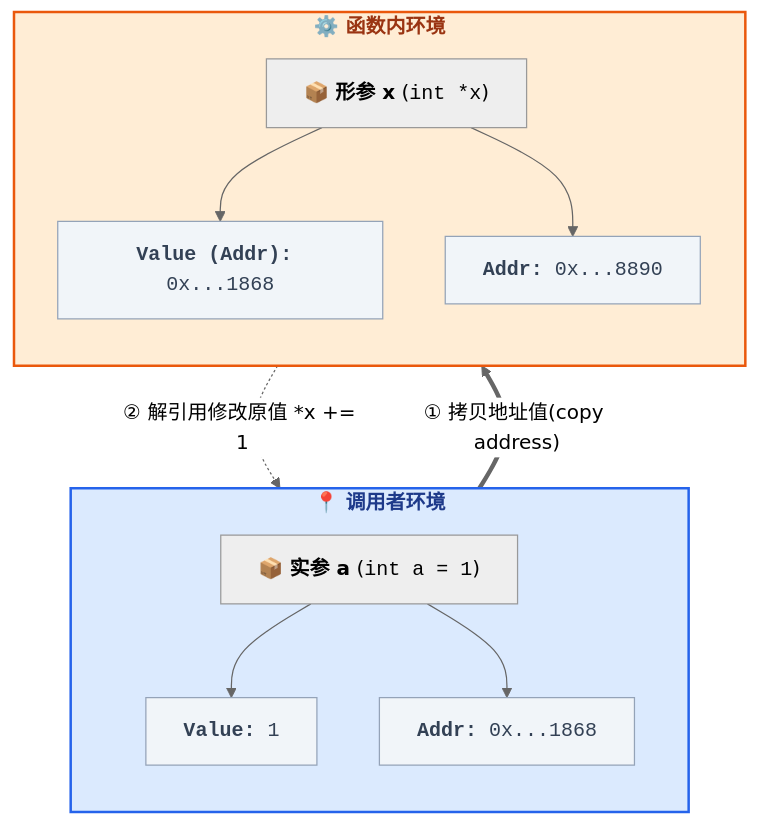
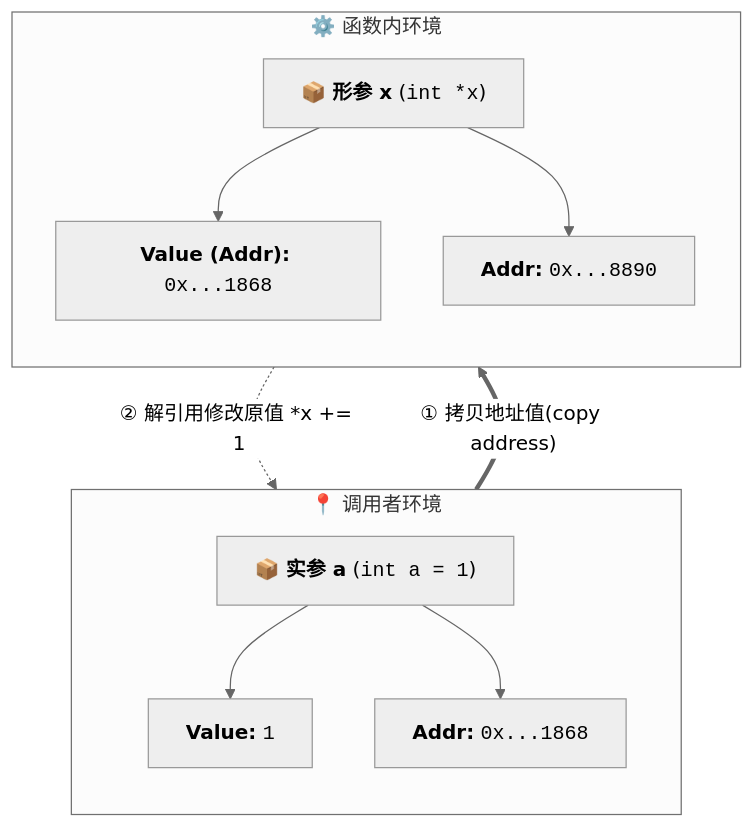
One commit to dmjcb/dmjcb.github.io changed the third of 4 diagrams in _posts/c_c++/2024-12-23-function.md. Above: the diagram before and after it, drawn with Mermaid (neutral theme). The commit also changed other lines of this file and 7 other files, not shown here.

````diff
--- a/_posts/c_c++/2024-12-23-function.md
+++ b/_posts/c_c++/2024-12-23-function.md
@@ -250,33 +223,23 @@
 ```mermaid
 flowchart TB
-    %% 样式定义
-    classDef argMain fill:#dbeafe,stroke:#2563eb,stroke-width:2px,color:#1e3a8a,font-weight:bold;
-    classDef paramMain fill:#ffedd5,stroke:#ea580c,stroke-width:2px,color:#9a3412,font-weight:bold;
-    classDef memNode fill:#f1f5f9,stroke:#94a3b8,stroke-width:1px,color:#334155,font-family:monospace;
-    classDef actionLine stroke:#ef4444,stroke-width:2px,stroke-dasharray: 5 5;
-
     subgraph ArgEnv ["📍 调用者环境"]
         direction TB
         ArgA["📦 <b>实参 a</b> (<code>int a = 1</code>)"]
         ArgA_Val["<b>Value:</b> <code>1</code>"]
         ArgA_Addr["<b>Addr:</b> <code>0x...1868</code>"]
         ArgA --> ArgA_Val
         ArgA --> ArgA_Addr
     end
 
     subgraph ParamEnv ["⚙️ 函数内环境"]
         direction TB
         ParamX["📦 <b>形参 x</b> (<code>int *x</code>)"]
         ParamX_Val["<b>Value (Addr):</b> <code>0x...1868</code>"]
         ParamX_Addr["<b>Addr:</b> <code>0x...8890</code>"]
         ParamX --> ParamX_Val
         ParamX --> ParamX_Addr
     end
 
     ArgA_Addr ==>|"① 拷贝地址值(copy address)"| ParamX_Val
     ParamX_Val -. "② 解引用修改原值 *x += 1" .-> ArgA_Val
-    
-    class ArgEnv argMain;
-    class ParamEnv paramMain;
-    class ArgA_Val,ArgA_Addr,ParamX_Val,ParamX_Addr memNode;
 ```
````
